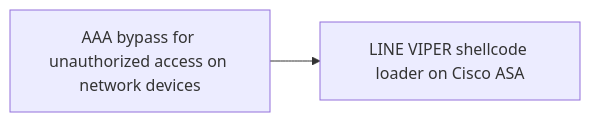
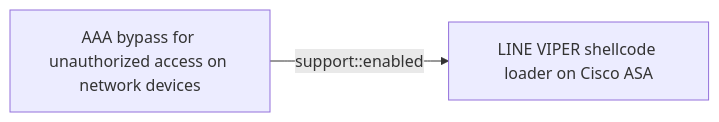
The first of 2 diagrams in docs/threats/aaa-bypass-for-unauthorized-access-on-network-devices.md (opentidehq/library), drawn with Mermaid before and after one commit. The commit also changed other lines of this file and 277 other files, not shown here.

````diff
--- a/docs/threats/aaa-bypass-for-unauthorized-access-on-network-devices.md
+++ b/docs/threats/aaa-bypass-for-unauthorized-access-on-network-devices.md
@@ -111,6 +146,6 @@
 ```mermaid
 flowchart LR
 53389577_fd8d_4ce6_9852_8365ed947c17["AAA bypass for unauthorized access on network devices"]
 b6175f16_2b61_4116_bd97_de54b02b197e["LINE VIPER shellcode loader on Cisco ASA"]
-53389577_fd8d_4ce6_9852_8365ed947c17 --> b6175f16_2b61_4116_bd97_de54b02b197e
+53389577_fd8d_4ce6_9852_8365ed947c17 -->|support::enabled| b6175f16_2b61_4116_bd97_de54b02b197e
 ```
````
